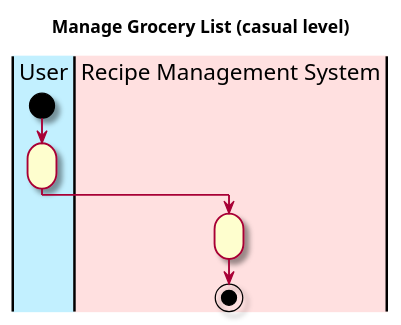
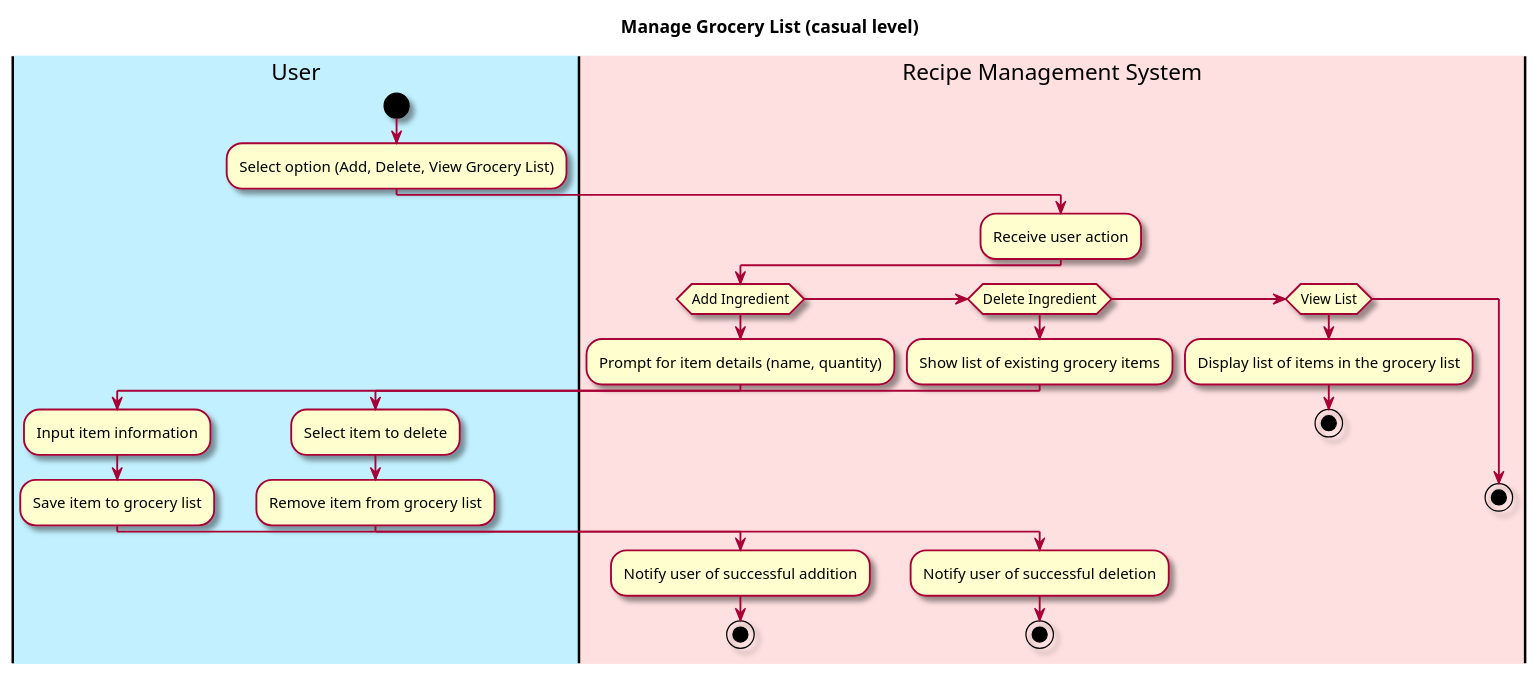
Before and after one commit to berthashipper/Pantry-Pal-Android-Application: the diagram in intellij/doc/use-cases/manage_grocery_list.md, drawn with PlantUML. The commit also changed other lines of this file and 1 other file, not shown here.

Commit message:
Wrote manage_grocery_list use case

````diff
--- a/intellij/doc/use-cases/manage_grocery_list.md
+++ b/intellij/doc/use-cases/manage_grocery_list.md
@@ -29,21 +28,45 @@
 ```plantuml
 @startuml
 
 skin rose
 
 title Manage Grocery List (casual level)
 
 'define the lanes
 |#application|User|
 |#implementation|Recipe Management System|
 
 |User|
 start
-:;
+:Select option (Add, Delete, View Grocery List);
 
 |Recipe Management System|
-:;
+:Receive user action;
+if (Add Ingredient)
+|Recipe Management System|
+:Prompt for item details (name, quantity);
+|User|
+:Input item information;
+:Save item to grocery list;
+|Recipe Management System|
+:Notify user of successful addition;
+stop
 
+elseif (Delete Ingredient)
+:Show list of existing grocery items;
+|User|
+:Select item to delete;
+:Remove item from grocery list;
+|Recipe Management System|
+:Notify user of successful deletion;
+stop
+
+elseif (View List)
+|Recipe Management System|
+:Display list of items in the grocery list;
+stop
+
+else
 stop
 @enduml
 ```
````
